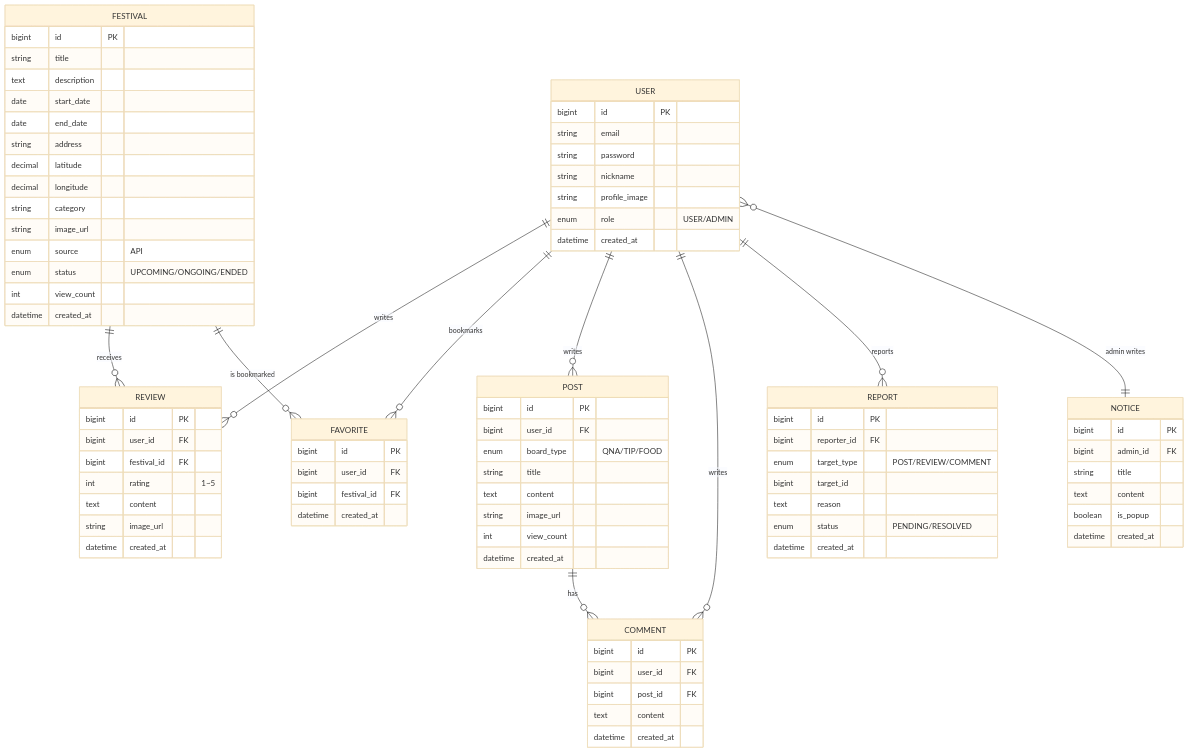
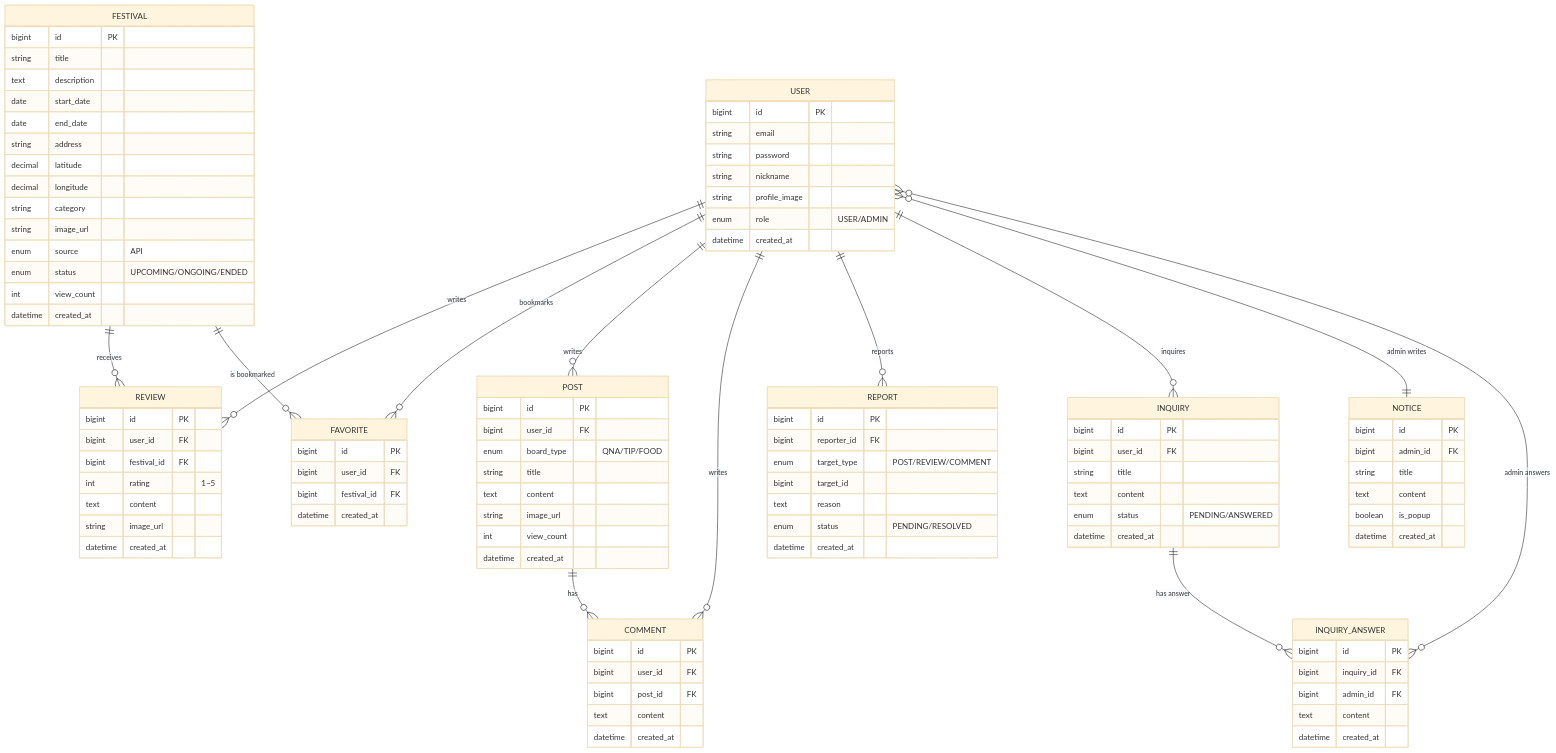
Before and after one commit to newlecture-ibm2/team2-ieum: the sixth of 6 diagrams in docs/blueprints/프로젝트_기획서_템플릿.md, drawn with Mermaid (base theme). The commit also changed other lines of this file, not shown here.

First line of the commit message:
feat: 문의하기(Inquiry) 엔티티 및 기능 설계 추가

````diff
--- a/docs/blueprints/프로젝트_기획서_템플릿.md
+++ b/docs/blueprints/프로젝트_기획서_템플릿.md
@@ -881,10 +923,13 @@
     USER ||--o{ POST : writes
     USER ||--o{ COMMENT : writes
     USER ||--o{ REPORT : reports
+    USER ||--o{ INQUIRY : inquires
     FESTIVAL ||--o{ REVIEW : receives
     FESTIVAL ||--o{ FAVORITE : "is bookmarked"
     POST ||--o{ COMMENT : has
     USER }o--|| NOTICE : "admin writes"
+    INQUIRY ||--o{ INQUIRY_ANSWER : "has answer"
+    USER }o--o{ INQUIRY_ANSWER : "admin answers"
 
     USER {
         bigint id PK
@@ -967,4 +1012,21 @@
         enum status "PENDING/RESOLVED"
         datetime created_at
     }
+
+    INQUIRY {
+        bigint id PK
+        bigint user_id FK
+        string title
+        text content
+        enum status "PENDING/ANSWERED"
+        datetime created_at
+    }
+
+    INQUIRY_ANSWER {
+        bigint id PK
+        bigint inquiry_id FK
+        bigint admin_id FK
+        text content
+        datetime created_at
+    }
 ```
````
